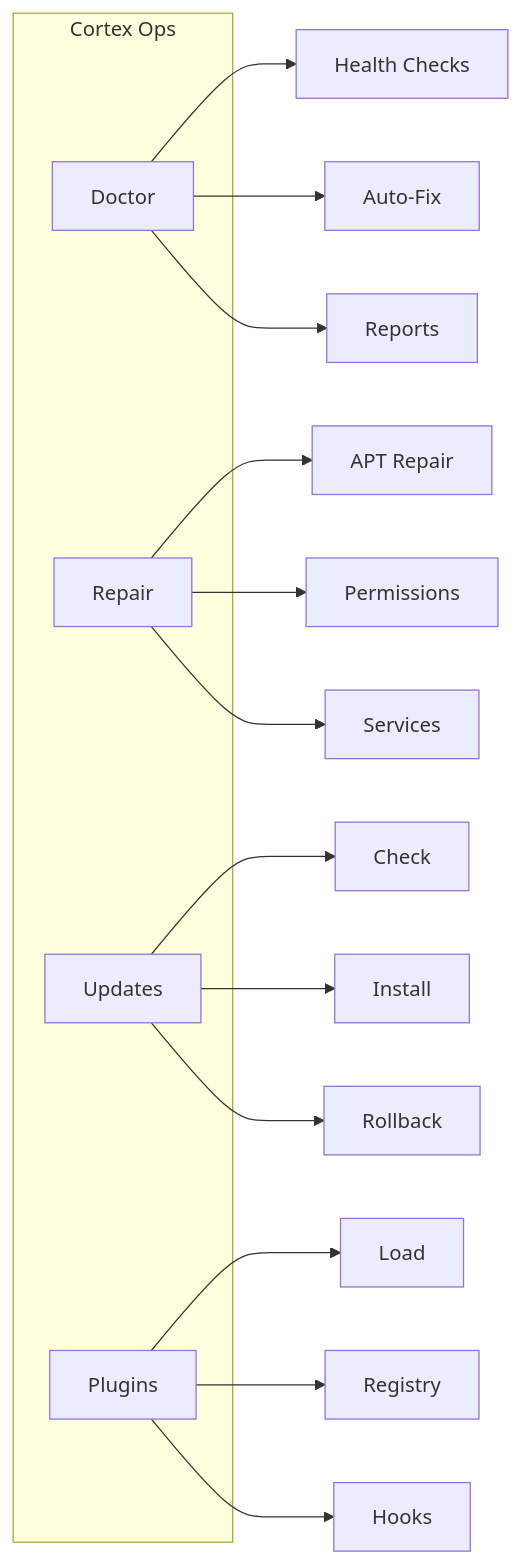
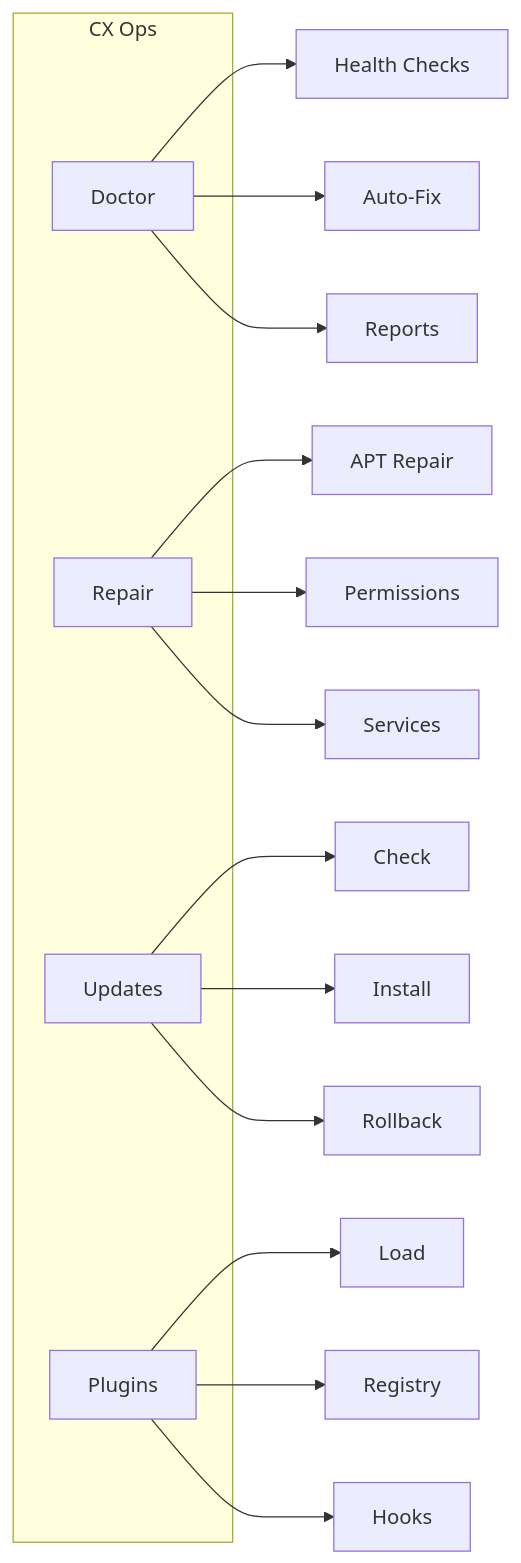
One commit to cxlinux-ai/cx-web changed the first of 3 diagrams in docs/docs/architecture/cortex-ops.md. Above: the diagram before and after it, drawn with Mermaid. The commit also changed other lines of this file and 21 other files, not shown here.

````diff
--- a/docs/docs/architecture/cortex-ops.md
+++ b/docs/docs/architecture/cortex-ops.md
@@ -7,25 +7,25 @@
 ```mermaid
 graph LR
-    subgraph Cortex Ops
+    subgraph CX Ops
         A[Doctor]
         B[Repair]
         C[Updates]
         D[Plugins]
     end
 
     A --> A1[Health Checks]
     A --> A2[Auto-Fix]
     A --> A3[Reports]
 
     B --> B1[APT Repair]
     B --> B2[Permissions]
     B --> B3[Services]
 
     C --> C1[Check]
     C --> C2[Install]
     C --> C3[Rollback]
 
     D --> D1[Load]
     D --> D2[Registry]
     D --> D3[Hooks]
 ```
````
